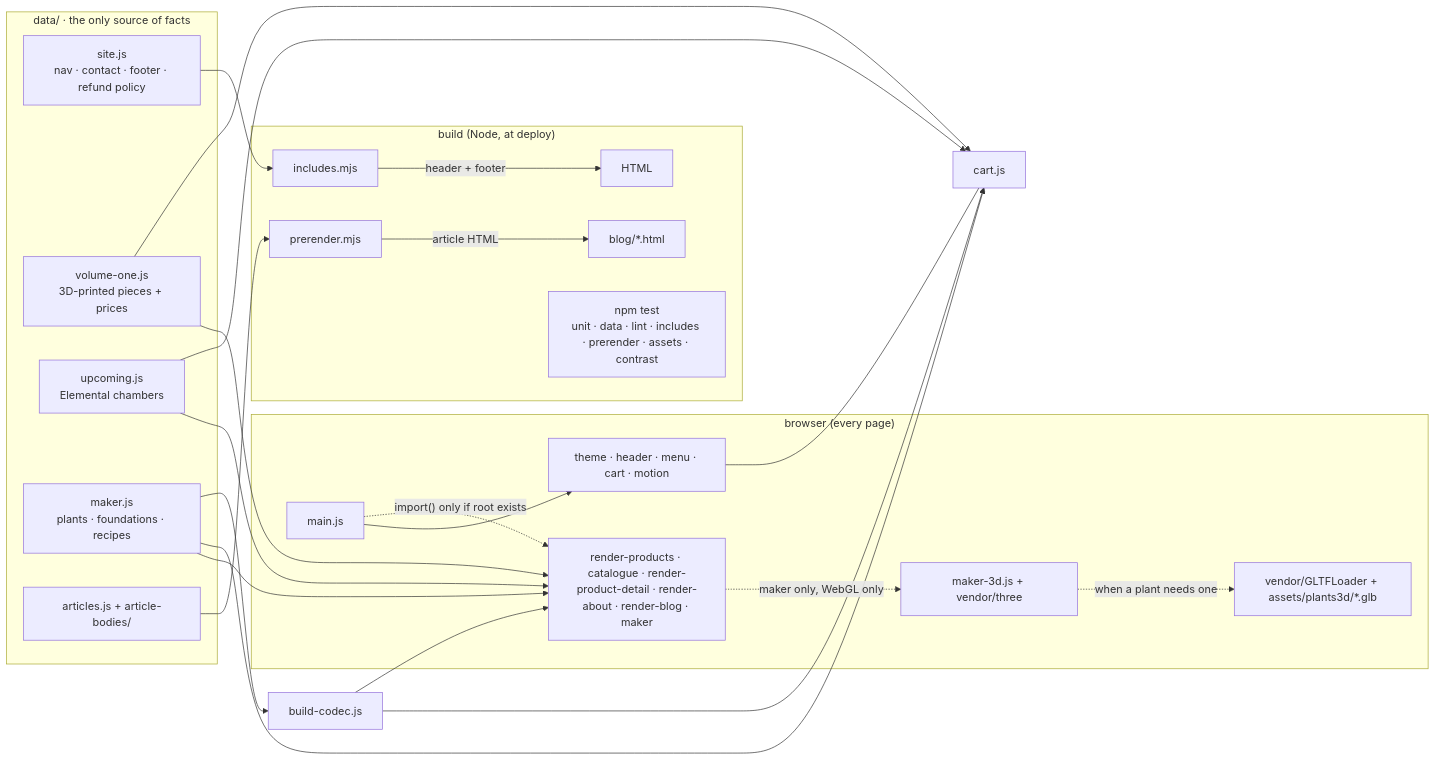
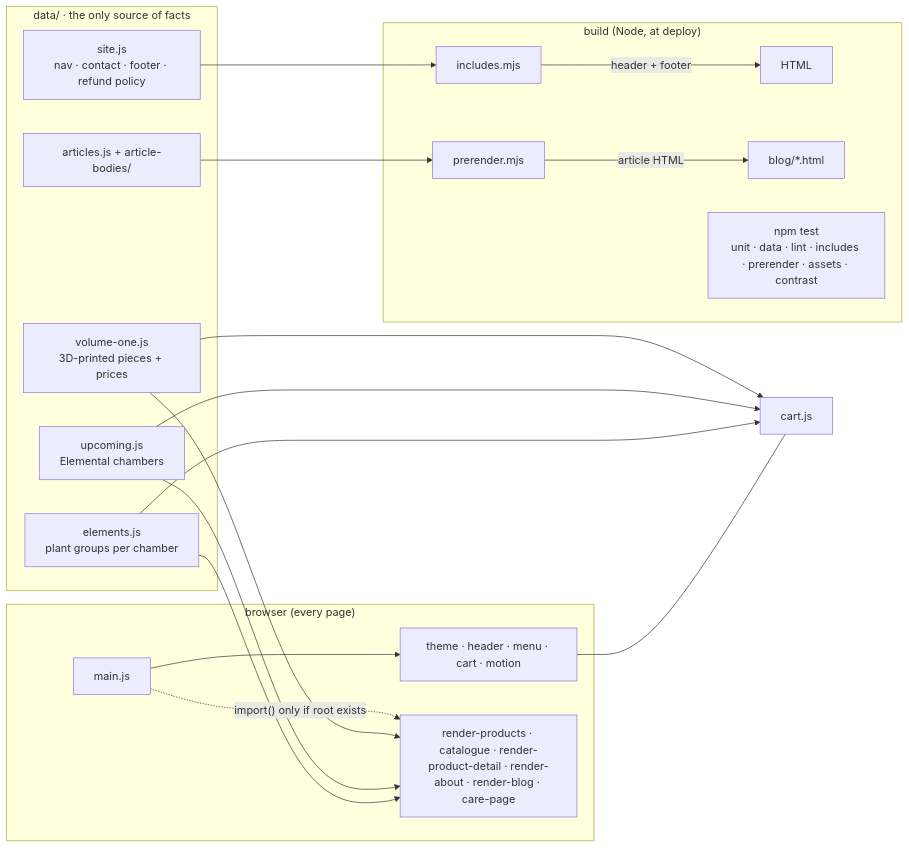
One commit to ozapravar-crypto/earthbox-site changed the diagram in README.md. Above: the diagram before and after it, drawn with Mermaid. The commit also changed other lines of this file and 223 other files, not shown here.

````diff
--- a/README.md
+++ b/README.md
@@ -22,32 +22,27 @@
 ```mermaid
 flowchart LR
   subgraph data["data/ · the only source of facts"]
     SITE[site.js<br/>nav · contact · footer · refund policy]
     V1[volume-one.js<br/>3D-printed pieces + prices]
     V2[upcoming.js<br/>Elemental chambers]
-    MK[maker.js<br/>plants · foundations · recipes]
+    EL[elements.js<br/>plant groups per chamber]
     ART[articles.js + article-bodies/]
   end
 
   subgraph build["build (Node, at deploy)"]
     INC[includes.mjs] -->|header + footer| HTML
     PRE[prerender.mjs] -->|article HTML| BLOG[blog/*.html]
     CHK[npm test<br/>unit · data · lint · includes · prerender · assets · contrast]
   end
 
   subgraph browser["browser (every page)"]
     MAIN[main.js] --> SHARED[theme · header · menu · cart · motion]
-    MAIN -.import() only if root exists.-> PAGE[render-products · catalogue · render-product-detail · render-about · render-blog · maker]
-    PAGE -. maker only, WebGL only .-> M3D[maker-3d.js + vendor/three]
-    M3D -. when a plant needs one .-> GLB[vendor/GLTFLoader + assets/plants3d/*.glb]
+    MAIN -.import() only if root exists.-> PAGE[render-products · catalogue · render-product-detail · render-about · render-blog · care-page]
   end
 
   SITE --> INC
   ART --> PRE
-  V1 & V2 & MK --> PAGE
-  V1 & V2 & MK --> CART[cart.js]
-  MK --> CODEC[build-codec.js]
-  CODEC --> CART
-  CODEC --> PAGE
+  V1 & V2 & EL --> PAGE
+  V1 & V2 & EL --> CART[cart.js]
   SHARED --- CART
 ```
````
